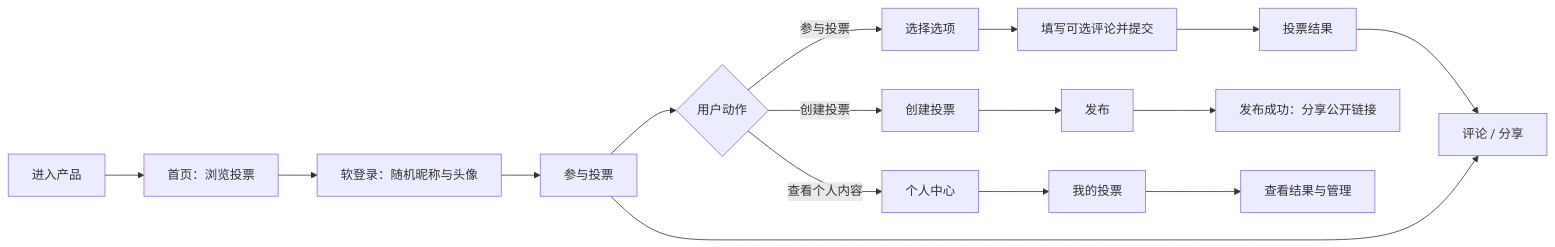
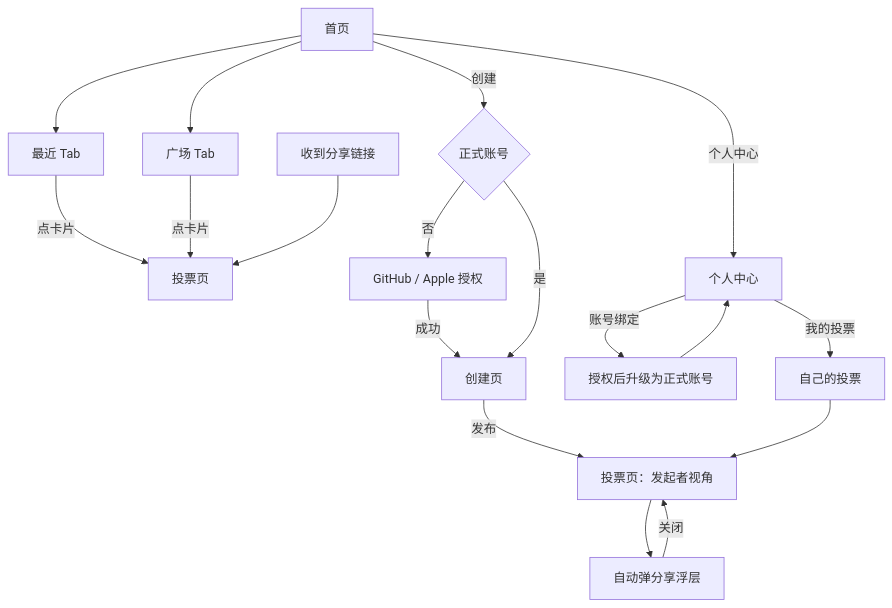
One commit to sd5913/The-Aliien-Repo changed the first of 3 diagrams in docs/PRD.md. Above: the diagram before and after it, drawn with Mermaid. The commit also changed other lines of this file, not shown here.

````diff
--- a/docs/PRD.md
+++ b/docs/PRD.md
@@ -111,18 +166,20 @@
 ```mermaid
-flowchart LR
-    A[进入产品] --> B[首页：浏览投票]
-    B --> SL[软登录：随机昵称与头像]
-    SL --> C[参与投票]
-    C --> D{用户动作}
-    D -->|参与投票| E[选择选项]
-    E --> F[填写可选评论并提交]
-    F --> H[投票结果]
-    D -->|创建投票| I[创建投票]
-    I --> J[发布]
-    J --> J1[发布成功：分享公开链接]
-    D -->|查看个人内容| K[个人中心]
-    K --> L[我的投票]
-    L --> L1[查看结果与管理]
-    H --> M[评论 / 分享]
-    C --> M
+flowchart TD
+    H[首页] --> H1[最近 Tab]
+    H --> H2[广场 Tab]
+    H1 -->|点卡片| VP[投票页]
+    H2 -->|点卡片| VP
+    H -->|创建| A{正式账号}
+    A -->|否| L[GitHub / Apple 授权]
+    L -->|成功| C
+    A -->|是| C[创建页]
+    C -->|发布| VP2[投票页：发起者视角]
+    VP2 --> SF[自动弹分享浮层]
+    SF -->|关闭| VP2
+    H -->|个人中心| P[个人中心]
+    P -->|账号绑定| B[授权后升级为正式账号]
+    B --> P
+    P -->|我的投票| M[自己的投票]
+    M --> VP2
+    LK[收到分享链接] --> VP
 ```
````
